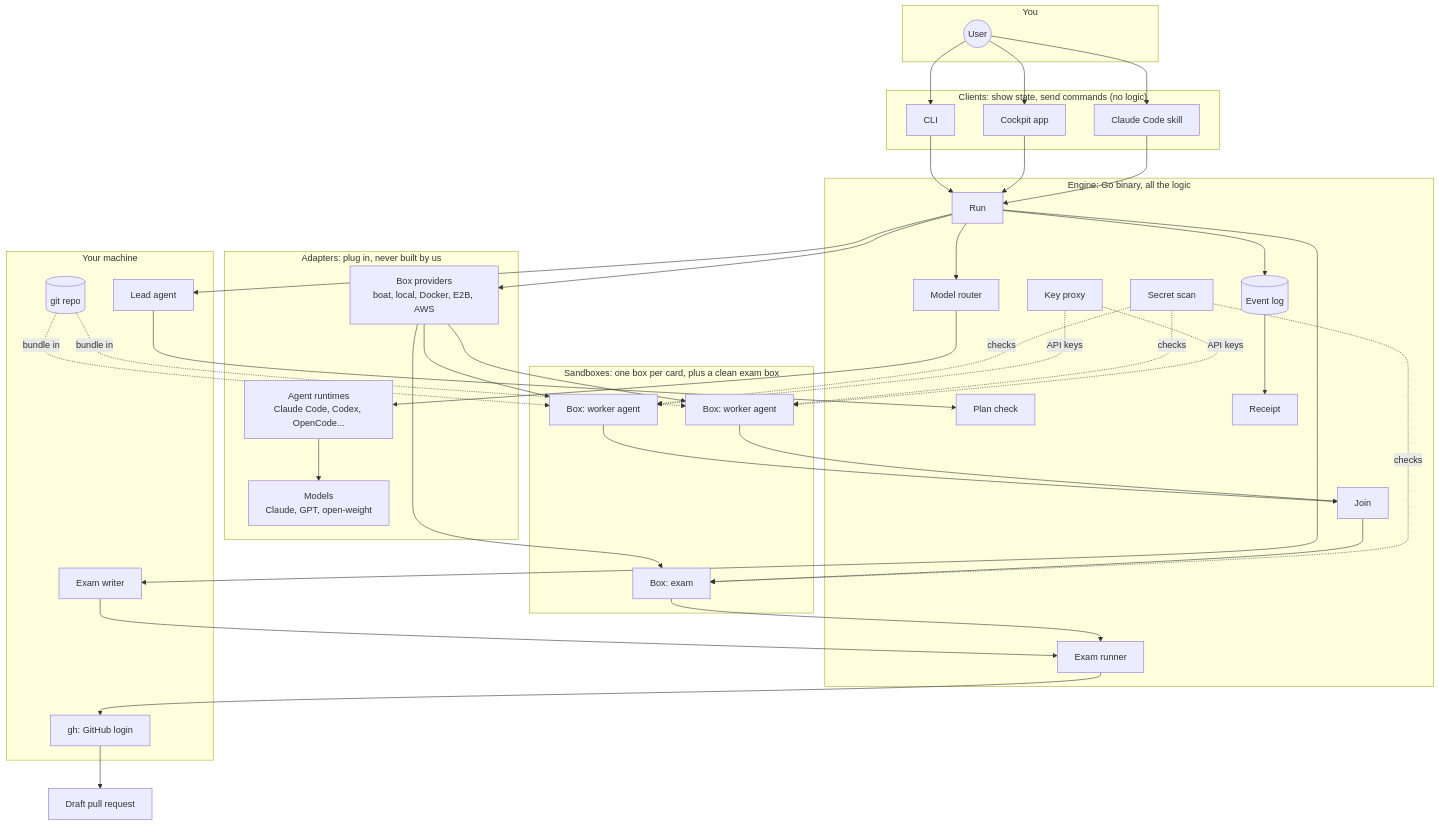
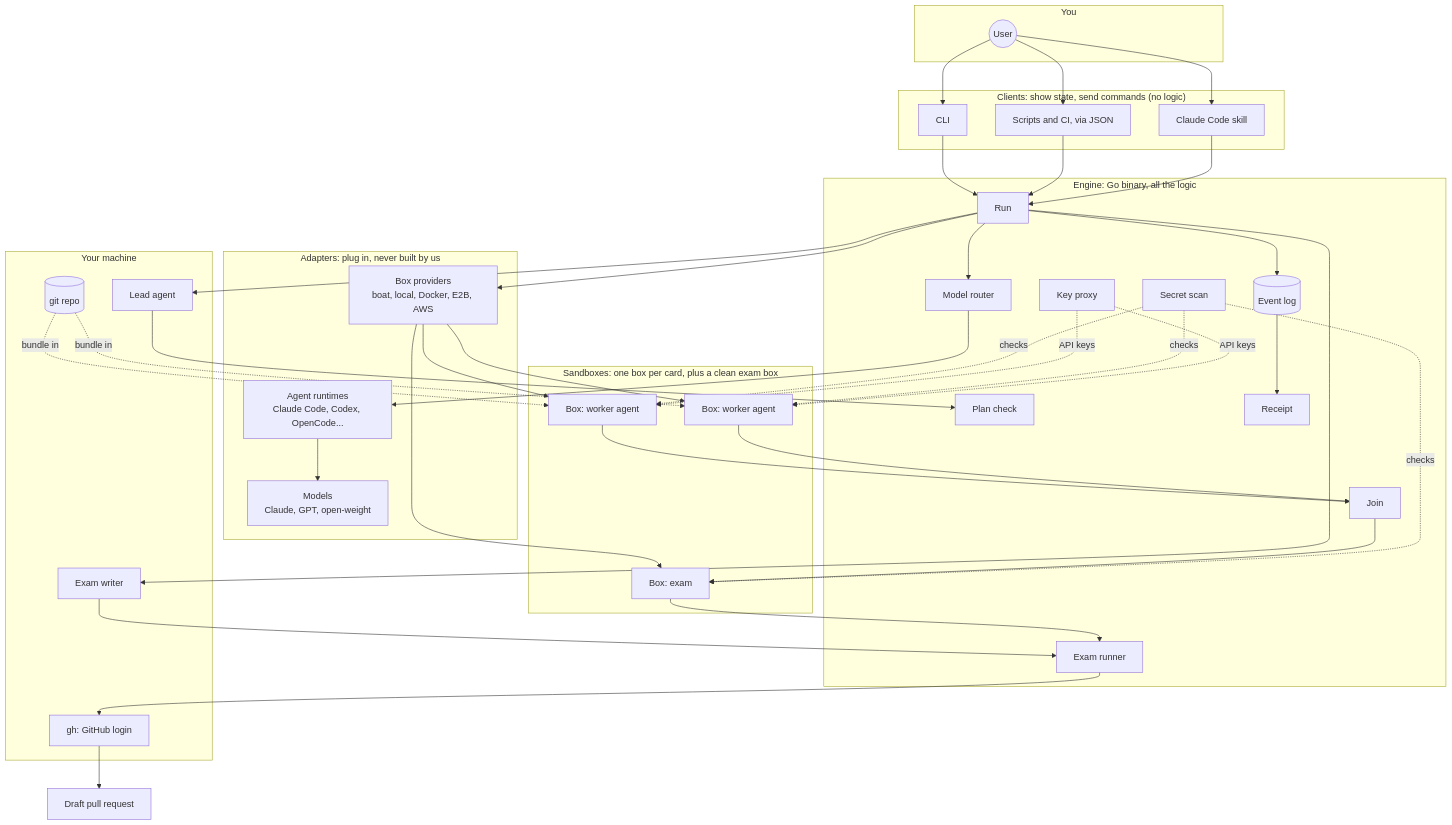
The first of 4 diagrams in docs/ARCHITECTURE.md (josephgoksu/TaskWing), drawn with Mermaid before and after one commit. The commit also changed other lines of this file and 51 other files, not shown here.

````diff
--- a/docs/ARCHITECTURE.md
+++ b/docs/ARCHITECTURE.md
@@ -17,55 +17,55 @@
 ```mermaid
 flowchart TB
   subgraph You["You"]
     U((User))
   end
 
   subgraph Clients["Clients: show state, send commands (no logic)"]
     CLI[CLI]
-    CP[Cockpit app]
+    JS[Scripts and CI, via JSON]
     SK[Claude Code skill]
   end
 
   subgraph Engine["Engine: Go binary, all the logic"]
     RUN[Run]
     PLANCHK[Plan check]
     ROUTER[Model router]
     EXAMR[Exam runner]
     JOIN[Join]
     SCAN[Secret scan]
     PROXY[Key proxy]
     LOG[(Event log)]
     REC[Receipt]
   end
 
   subgraph Host["Your machine"]
     LEAD[Lead agent]
     EW[Exam writer]
     GIT[(git repo)]
     GH[gh: GitHub login]
   end
 
   subgraph Sandboxes["Sandboxes: one box per card, plus a clean exam box"]
     B1[Box: worker agent]
     B2[Box: worker agent]
     BX[Box: exam]
   end
 
   subgraph Adapters["Adapters: plug in, never built by us"]
     BP[Box providers<br/>boat, local, Docker, E2B, AWS]
     AR[Agent runtimes<br/>Claude Code, Codex, OpenCode...]
     MD[Models<br/>Claude, GPT, open-weight]
   end
 
-  U --> CLI & CP & SK --> RUN
+  U --> CLI & JS & SK --> RUN
   RUN --> LEAD --> PLANCHK
   RUN --> EW --> EXAMR
   RUN --> ROUTER --> AR --> MD
   RUN --> BP --> B1 & B2 & BX
   B1 & B2 --> JOIN --> BX --> EXAMR
   EXAMR --> GH --> PR[Draft pull request]
   SCAN -.checks.-> B1 & B2 & BX
   PROXY -.API keys.-> B1 & B2
   RUN --> LOG --> REC
   GIT -.bundle in.-> B1 & B2
 ```
````
